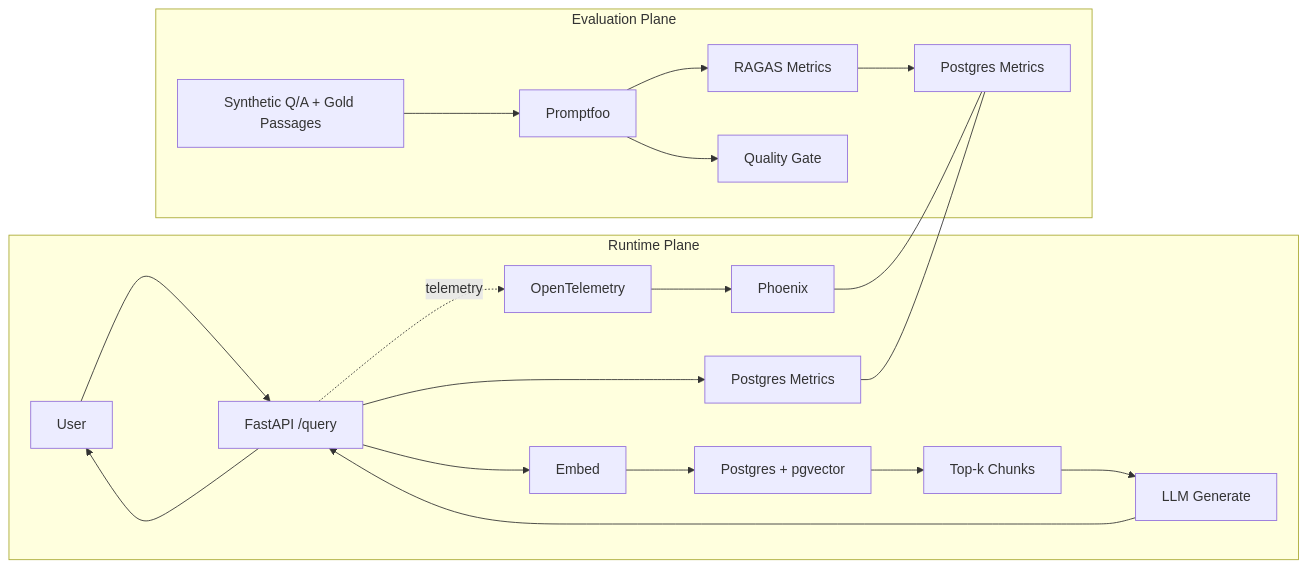
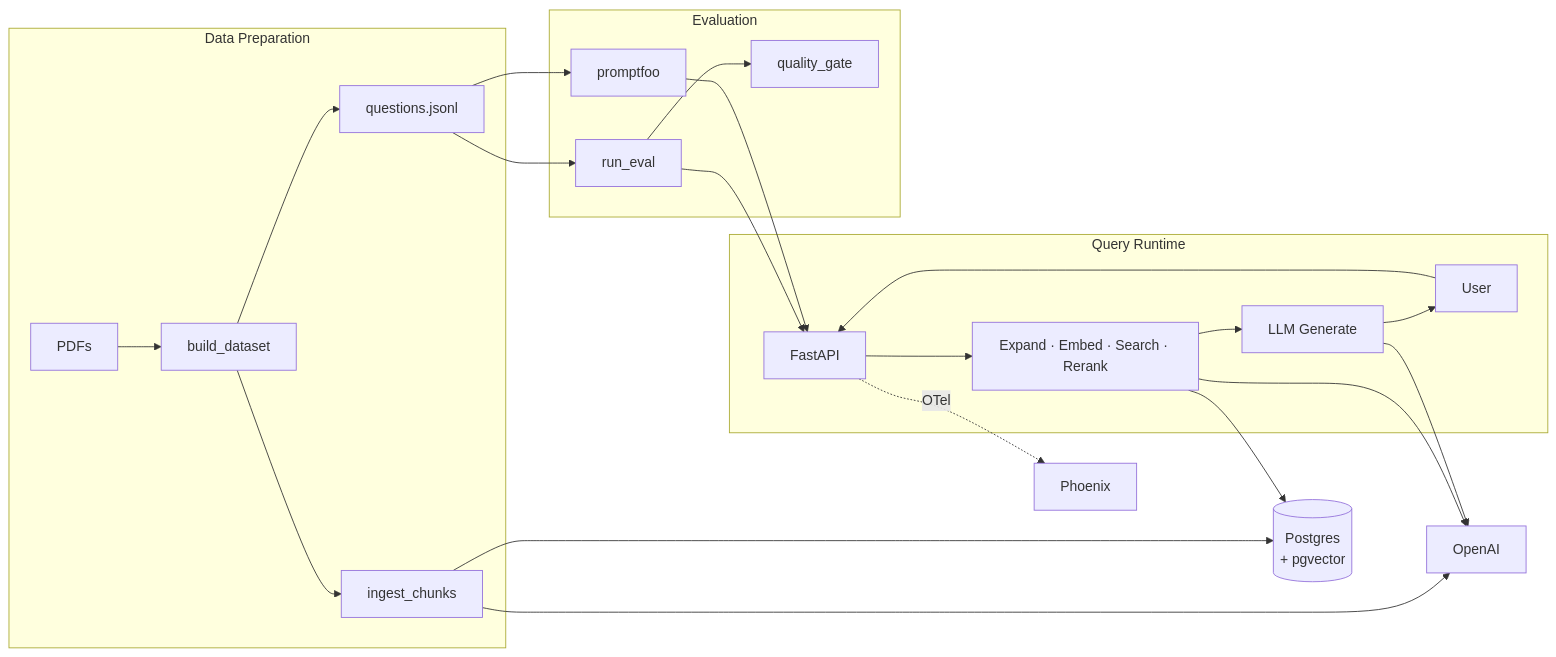
One commit to driftwoodlogic/newpage-assignment changed the diagram in docs/arch_diagram.md. Above: the diagram before and after it, drawn with Mermaid. The commit also changed 27 other files, not shown here.

````diff
--- a/docs/arch_diagram.md
+++ b/docs/arch_diagram.md
@@ -3,26 +3,25 @@
 ```mermaid
 flowchart LR
-  subgraph Runtime_Plane[Runtime Plane]
-    U[User] --> API[FastAPI /query]
-    API --> EMB[Embed]
-    EMB --> VS[Postgres + pgvector]
-    VS --> RET[Top-k Chunks]
-    RET --> GEN[LLM Generate]
-    GEN --> API
-    API --> U
-
-    API -. telemetry .-> OTEL[OpenTelemetry]
-    OTEL --> PHX[Phoenix]
-    API --> METR[Postgres Metrics]
+  subgraph Data[Data Preparation]
+    PDF[PDFs] --> BUILD[build_dataset] --> INGEST[ingest_chunks]
+    BUILD --> QS[questions.jsonl]
   end
 
-  subgraph Eval_Plane[Evaluation Plane]
-    DS[Synthetic Q/A + Gold Passages] --> PF[Promptfoo]
-    PF --> RAGAS[RAGAS Metrics]
-    RAGAS --> EVALDB[Postgres Metrics]
-    PF --> GATE[Quality Gate]
+  subgraph Runtime[Query Runtime]
+    U[User] --> API[FastAPI]
+    API --> RETRIEVE[Expand · Embed · Search · Rerank]
+    RETRIEVE --> GEN[LLM Generate]
+    GEN --> U
   end
 
-  PHX --- EVALDB
-  METR --- EVALDB
+  subgraph Eval[Evaluation]
+    QS --> EVAL[run_eval]
+    QS --> PF[promptfoo]
+    EVAL --> GATE[quality_gate]
+  end
+
+  INGEST & RETRIEVE & GEN --> OAI[OpenAI]
+  INGEST & RETRIEVE --> PG[(Postgres\n+ pgvector)]
+  API -. OTel .-> PHX[Phoenix]
+  EVAL & PF --> API
 ```
````
